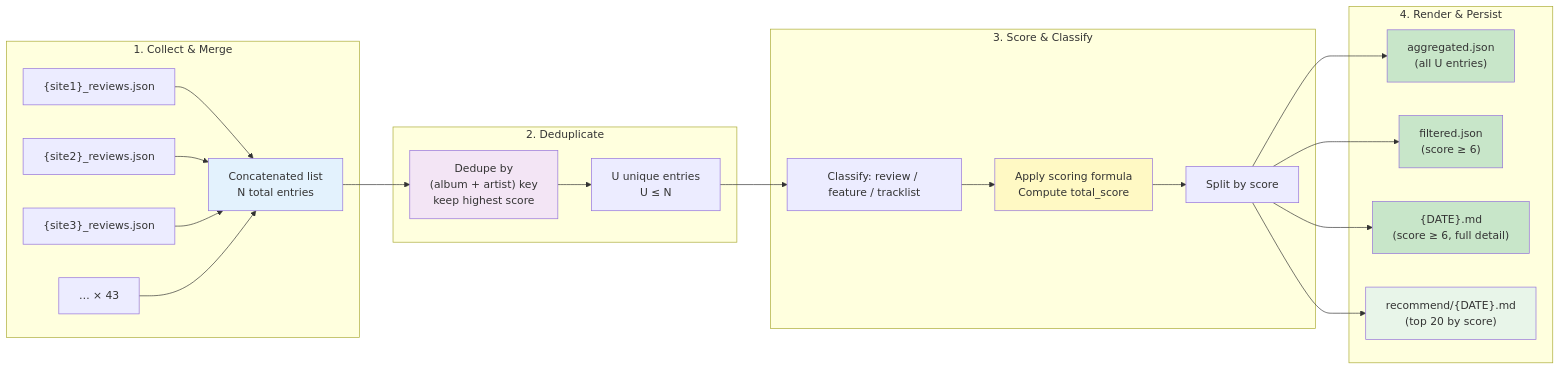
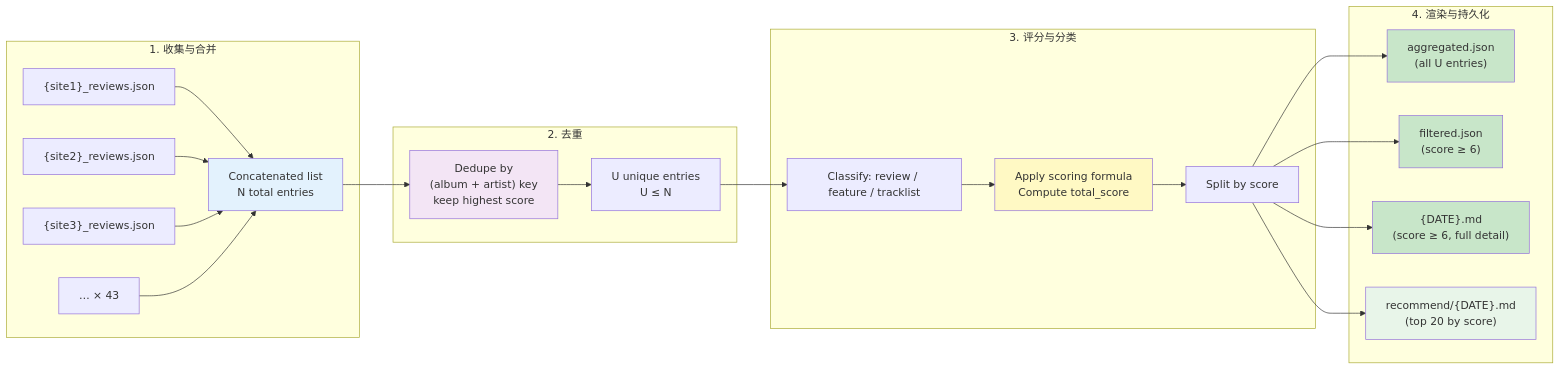
One commit to pty819/music-daily-recs-ebook changed the second of 3 diagrams in chapter3_dataflow.rst. Above: the diagram before and after it, drawn with Mermaid. The commit also changed other lines of this file and 4 other files, not shown here.

```diff
--- a/chapter3_dataflow.rst
+++ b/chapter3_dataflow.rst
@@ -91,38 +91,38 @@
 .. mermaid::
-   :caption: Data transformation inside the aggregator
+   :caption: 聚合器内部数据转换
 
    %%{init: { 'theme': 'default' } }%%
    flowchart LR
-       subgraph "1. Collect & Merge"
+       subgraph "1. 收集与合并"
            J1["{site1}_reviews.json"]
            J2["{site2}_reviews.json"]
            J3["{site3}_reviews.json"]
            JN["… × 43"]
            J1 & J2 & J3 & JN --> MERGE["Concatenated list<br/>N total entries"]
        end
 
-       subgraph "2. Deduplicate"
+       subgraph "2. 去重"
            MERGE --> DEDUP["Dedupe by<br/>(album + artist) key<br/>keep highest score"]
            DEDUP --> UNIQ["U unique entries<br/>U ≤ N"]
        end
 
-       subgraph "3. Score & Classify"
+       subgraph "3. 评分与分类"
            UNIQ --> CLASS["Classify: review / feature / tracklist"]
            CLASS --> SCORE["Apply scoring formula<br/>Compute total_score"]
            SCORE --> FILTER["Split by score"]
        end
 
-       subgraph "4. Render & Persist"
+       subgraph "4. 渲染与持久化"
            FILTER --> AGG_JSON["aggregated.json<br/>(all U entries)"]
            FILTER --> FILT_JSON["filtered.json<br/>(score ≥ 6)"]
            FILTER --> MD["{DATE}.md<br/>(score ≥ 6, full detail)"]
            FILTER --> TOP20["recommend/{DATE}.md<br/>(top 20 by score)"]
        end
 
        style MERGE fill:#e3f2fd
        style DEDUP fill:#f3e5f5
        style SCORE fill:#fff9c4
        style AGG_JSON fill:#c8e6c9
        style FILT_JSON fill:#c8e6c9
        style MD fill:#c8e6c9
        style TOP20 fill:#e8f5e9
```
